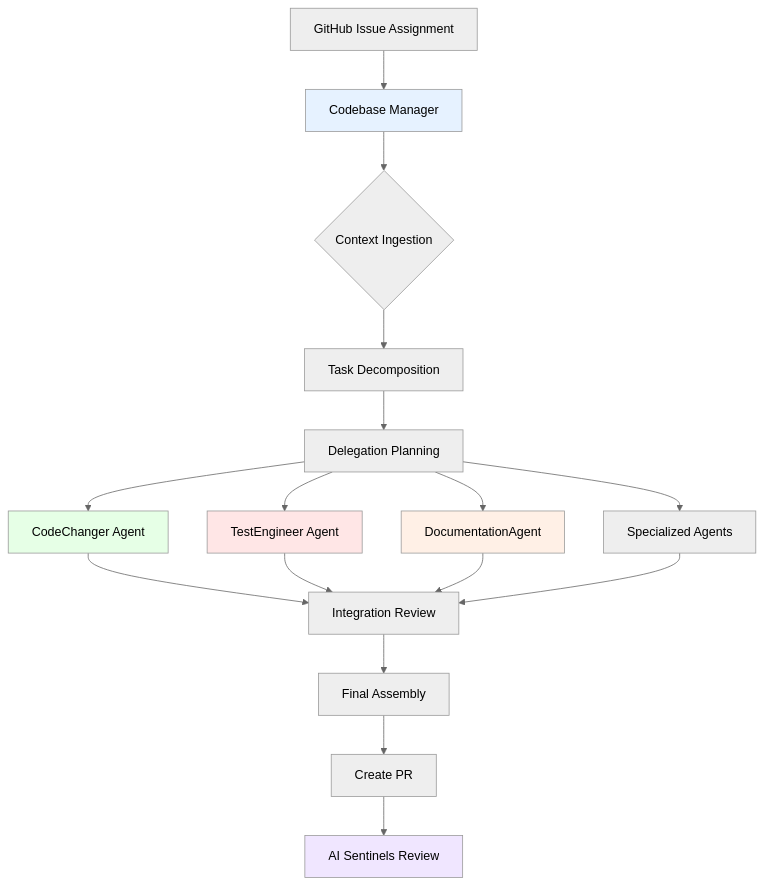
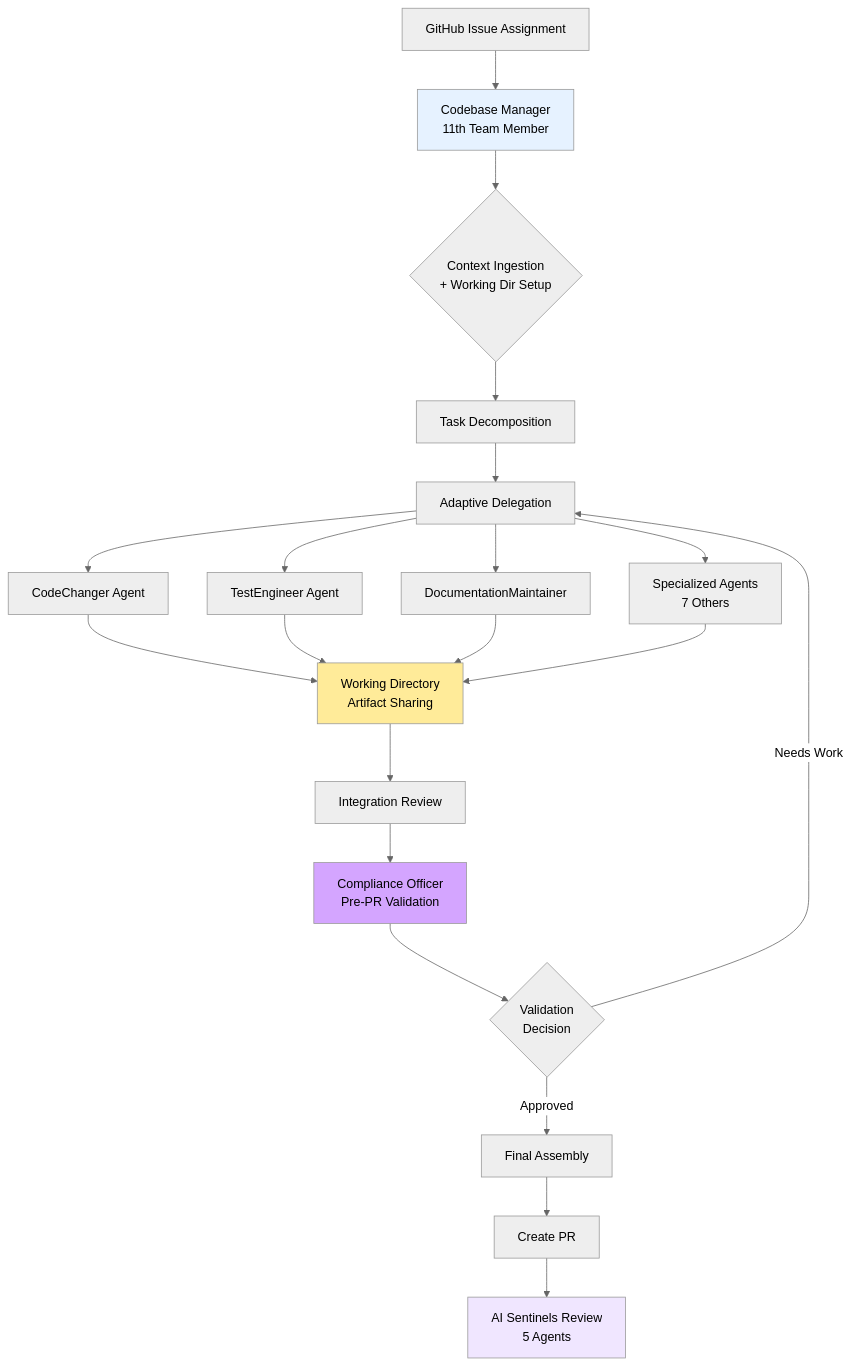
The first of 2 diagrams in Docs/Development/CodebaseManagerEvolution.md (Zarichney-Development/zarichney-api), drawn with Mermaid (neutral theme) before and after one commit. The commit also changed other lines of this file and 22 other files, not shown here.

First line of the commit message:
feat: complete Issue #119 - multi-agent orchestration with workflow consolidation

````diff
--- a/Docs/Development/CodebaseManagerEvolution.md
+++ b/Docs/Development/CodebaseManagerEvolution.md
@@ -48,27 +59,32 @@
 ```mermaid
 graph TD
-    A[GitHub Issue Assignment] --> B[Codebase Manager]
-    B --> C{Context Ingestion}
+    A[GitHub Issue Assignment] --> B[Codebase Manager<br/>11th Team Member]
+    B --> C{Context Ingestion<br/>+ Working Dir Setup}
     C --> D[Task Decomposition]
-    D --> E[Delegation Planning]
+    D --> E[Adaptive Delegation]
     
     E --> F1[CodeChanger Agent]
     E --> F2[TestEngineer Agent]
-    E --> F3[DocumentationAgent]
-    E --> F4[Specialized Agents]
+    E --> F3[DocumentationMaintainer]
+    E --> F4[Specialized Agents<br/>7 Others]
     
-    F1 --> G[Integration Review]
-    F2 --> G
-    F3 --> G
-    F4 --> G
+    F1 --> WD[Working Directory<br/>Artifact Sharing]
+    F2 --> WD
+    F3 --> WD
+    F4 --> WD
     
-    G --> H[Final Assembly]
-    H --> I[Create PR]
-    I --> J[AI Sentinels Review]
+    WD --> G[Integration Review]
+    G --> CO[Compliance Officer<br/>Pre-PR Validation]
+    CO --> H{Validation<br/>Decision}
+    
+    H -->|Approved| I[Final Assembly]
+    H -->|Needs Work| E
+    
+    I --> J[Create PR]
+    J --> K[AI Sentinels Review<br/>5 Agents]
     
     style B fill:#e6f2ff
-    style F1 fill:#e6ffe6
-    style F2 fill:#ffe6e6
-    style F3 fill:#fff0e6
-    style J fill:#f0e6ff
+    style CO fill:#d4a5ff
+    style WD fill:#ffeb99
+    style K fill:#f0e6ff
 ```
````
